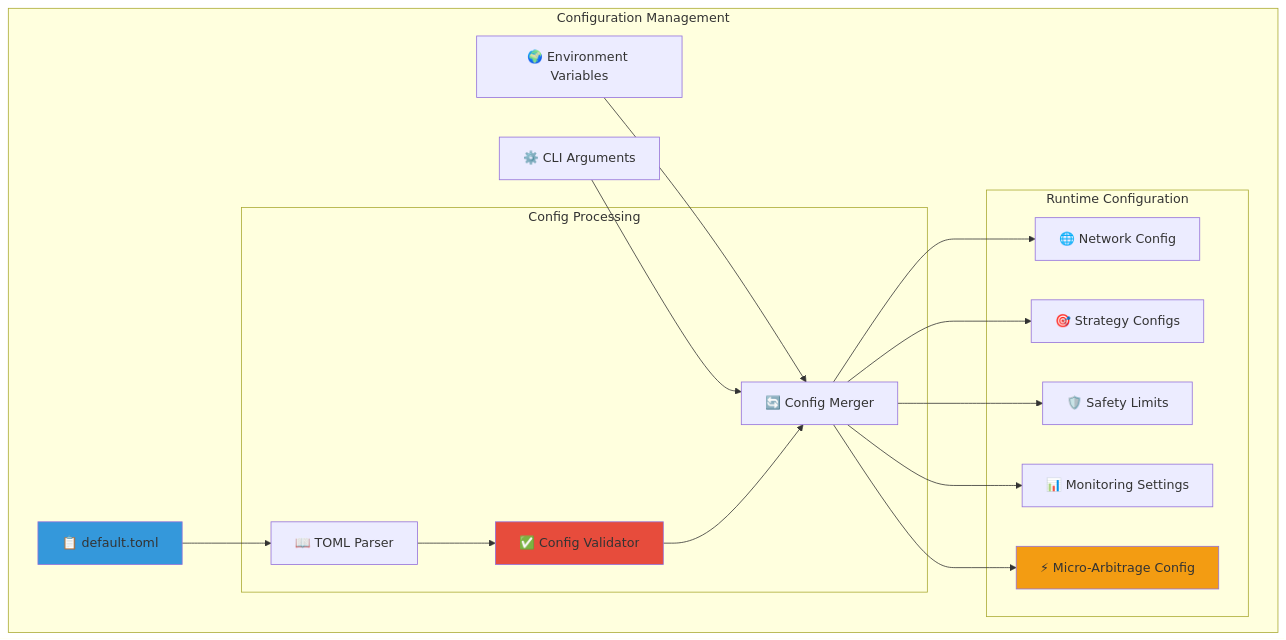
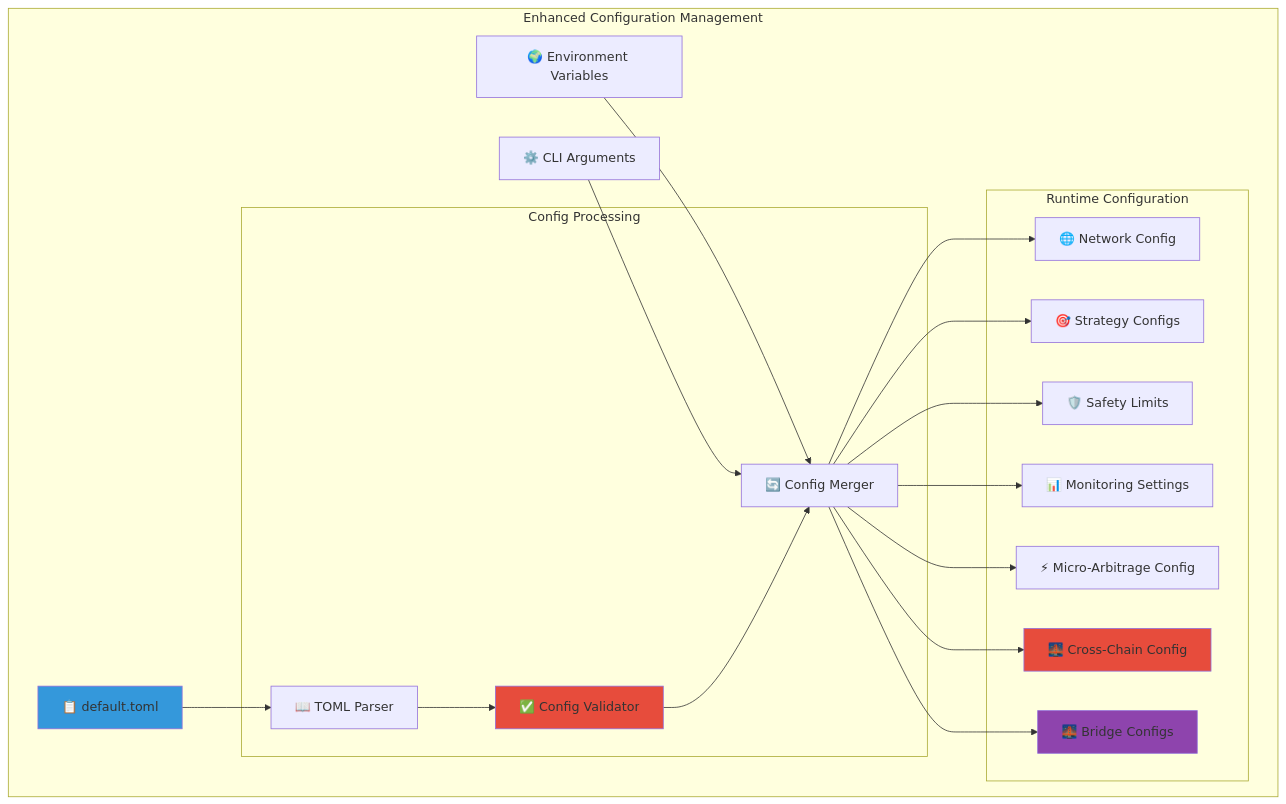
Diagram 13 of 15 in docs/ARCHITECTURE.md (blockbit-hama/xCrack), drawn with Mermaid before and after one commit. The commit also changed other lines of this file and 33 other files, not shown here.

````diff
--- a/docs/ARCHITECTURE.md
+++ b/docs/ARCHITECTURE.md
@@ -1896,38 +996,43 @@
 ```mermaid
 graph TD
-    subgraph "Configuration Management"
+    subgraph "Enhanced Configuration Management"
         TOML[📋 default.toml]
         ENV[🌍 Environment Variables]
         CLI[⚙️ CLI Arguments]
         
         subgraph "Config Processing"
             PARSER[📖 TOML Parser]
             VALIDATOR[✅ Config Validator]
             MERGER[🔄 Config Merger]
         end
         
         subgraph "Runtime Configuration"
             NETWORK[🌐 Network Config]
             STRATEGIES[🎯 Strategy Configs]
             SAFETY[🛡️ Safety Limits]
             MONITORING[📊 Monitoring Settings]
             MICRO_ARB[⚡ Micro-Arbitrage Config]
+            CROSS_CHAIN[🌉 Cross-Chain Config]
+            BRIDGES[🌉 Bridge Configs]
         end
     end
     
     TOML --> PARSER
     ENV --> MERGER
     CLI --> MERGER
     PARSER --> VALIDATOR
     VALIDATOR --> MERGER
     
     MERGER --> NETWORK
     MERGER --> STRATEGIES
     MERGER --> SAFETY
     MERGER --> MONITORING
     MERGER --> MICRO_ARB
+    MERGER --> CROSS_CHAIN
+    MERGER --> BRIDGES
     
     style TOML fill:#3498db
     style VALIDATOR fill:#e74c3c
-    style MICRO_ARB fill:#f39c12
+    style CROSS_CHAIN fill:#e74c3c
+    style BRIDGES fill:#8e44ad
 ```
````
